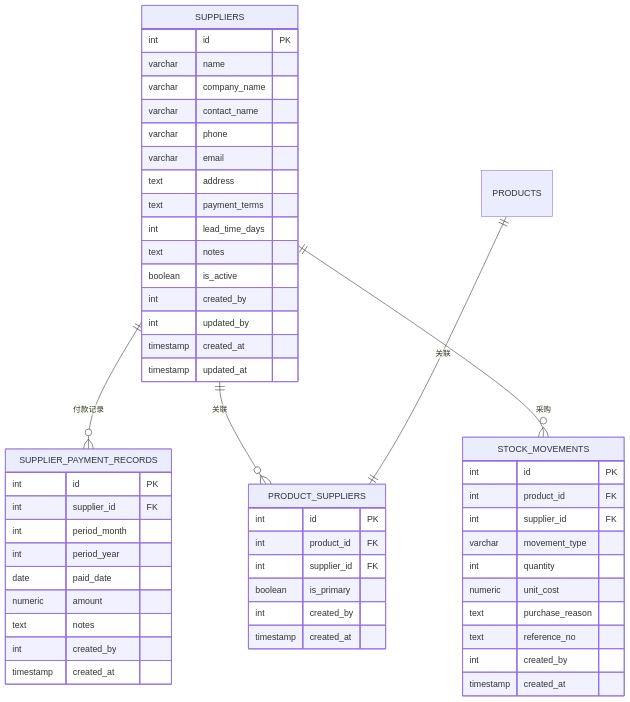
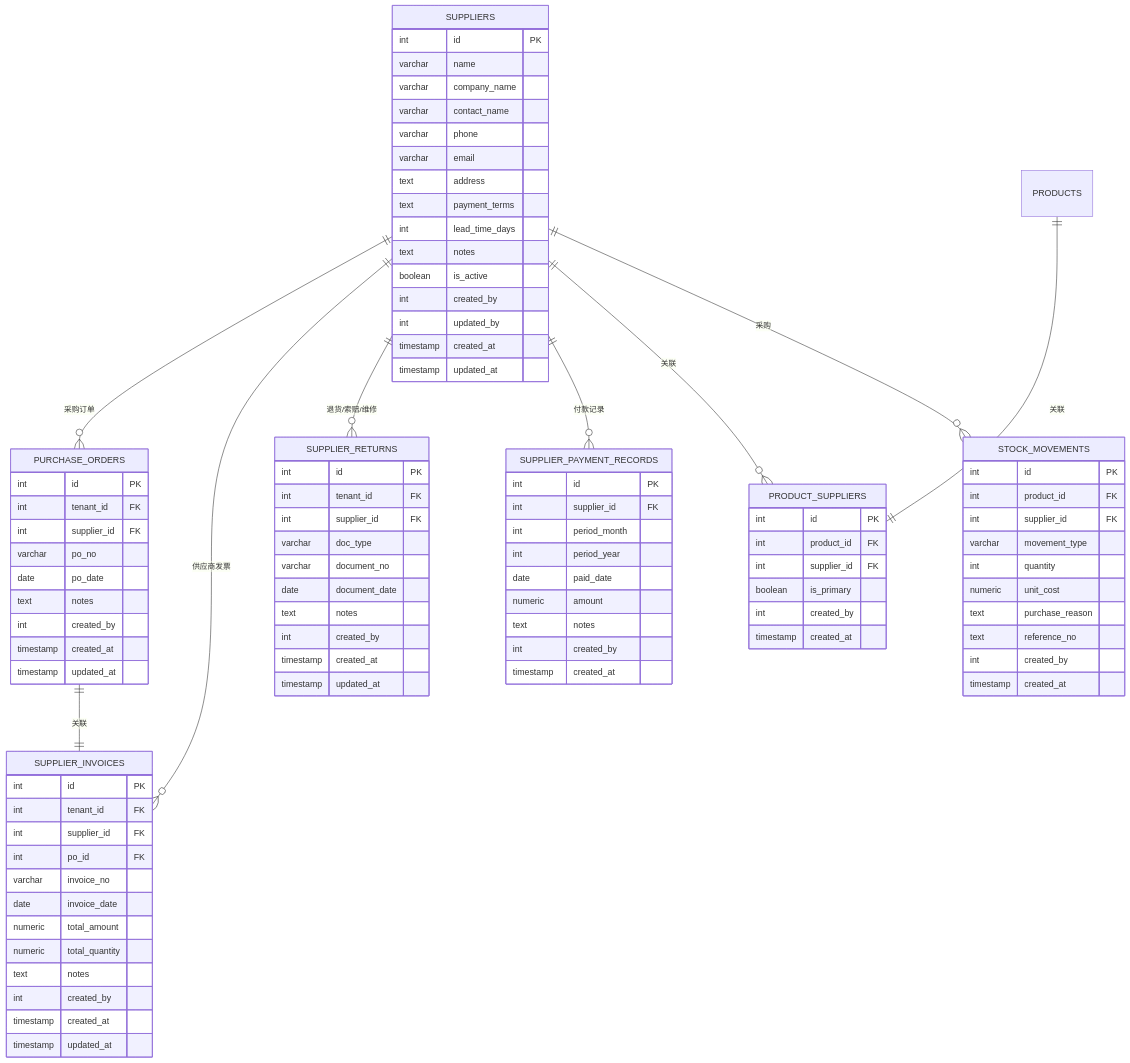
The third of 9 diagrams in .qoder/repowiki/zh/content/核心功能模块/商品管理模块/供应商管理.md (Juny09/inventory_system), drawn with Mermaid before and after one commit. The commit also changed other lines of this file and 53 other files, not shown here.

````diff
--- a/.qoder/repowiki/zh/content/核心功能模块/商品管理模块/供应商管理.md
+++ b/.qoder/repowiki/zh/content/核心功能模块/商品管理模块/供应商管理.md
@@ -153,6 +209,43 @@
 boolean is_active
 int created_by
 int updated_by
+timestamp created_at
+timestamp updated_at
+}
+PURCHASE_ORDERS {
+int id PK
+int tenant_id FK
+int supplier_id FK
+varchar po_no
+date po_date
+text notes
+int created_by
+timestamp created_at
+timestamp updated_at
+}
+SUPPLIER_INVOICES {
+int id PK
+int tenant_id FK
+int supplier_id FK
+int po_id FK
+varchar invoice_no
+date invoice_date
+numeric total_amount
+numeric total_quantity
+text notes
+int created_by
+timestamp created_at
+timestamp updated_at
+}
+SUPPLIER_RETURNS {
+int id PK
+int tenant_id FK
+int supplier_id FK
+varchar doc_type
+varchar document_no
+date document_date
+text notes
+int created_by
 timestamp created_at
 timestamp updated_at
 }
@@ -187,8 +280,12 @@
 int created_by
 timestamp created_at
 }
+SUPPLIERS ||--o{ PURCHASE_ORDERS : "采购订单"
+SUPPLIERS ||--o{ SUPPLIER_INVOICES : "供应商发票"
+SUPPLIERS ||--o{ SUPPLIER_RETURNS : "退货/索赔/维修"
 SUPPLIERS ||--o{ SUPPLIER_PAYMENT_RECORDS : "付款记录"
 SUPPLIERS ||--o{ PRODUCT_SUPPLIERS : "关联"
 PRODUCTS ||--|| PRODUCT_SUPPLIERS : "关联"
 SUPPLIERS ||--o{ STOCK_MOVEMENTS : "采购"
+PURCHASE_ORDERS ||--|| SUPPLIER_INVOICES : "关联"
 ```
````
